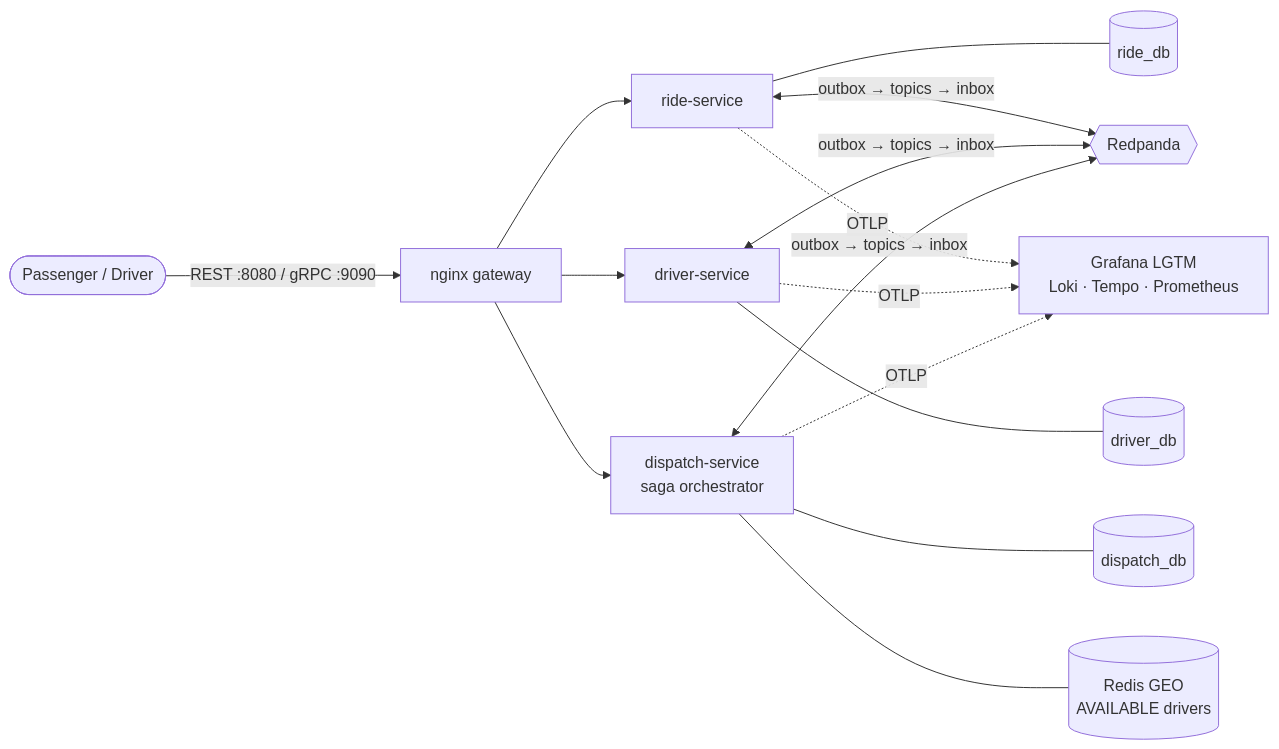
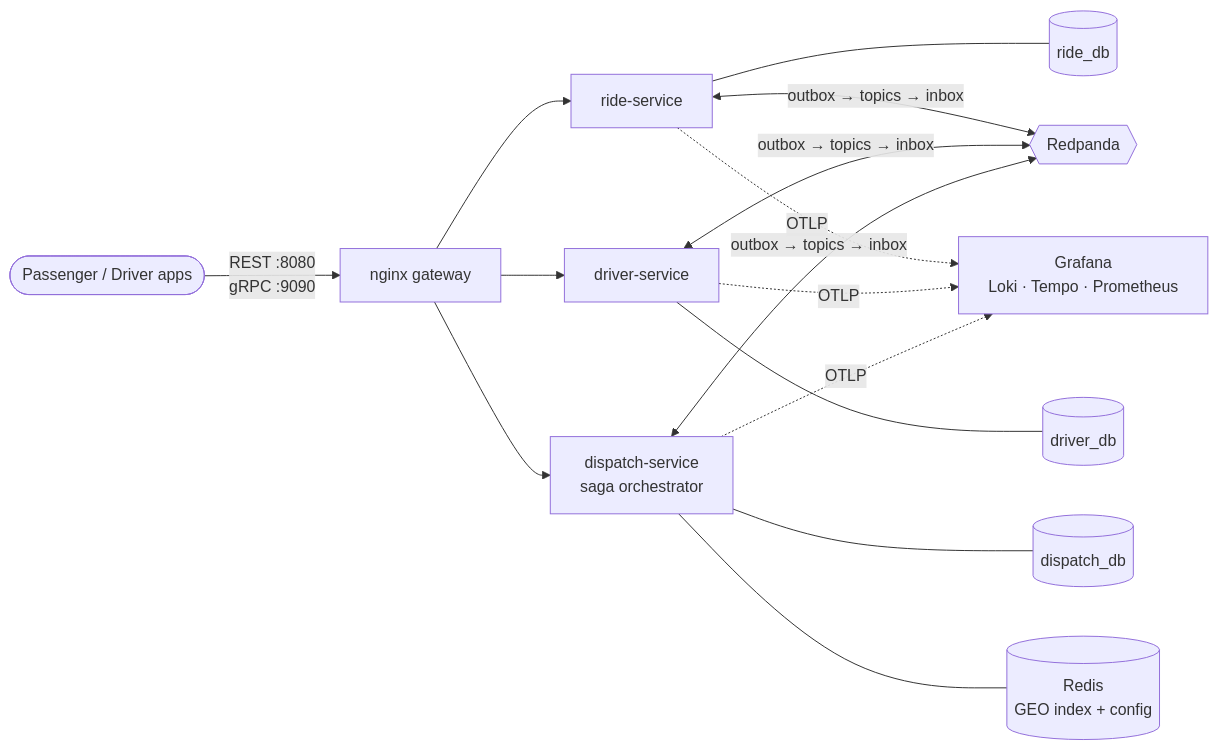
Before and after one commit to khoaphan-tw/coding-challenges-demo: the fifth of 15 diagrams in coding-challenge-3/kvp/demo/presentation.md, drawn with Mermaid. The commit also changed other lines of this file and 4 other files, not shown here.

````diff
--- a/coding-challenge-3/kvp/demo/presentation.md
+++ b/coding-challenge-3/kvp/demo/presentation.md
@@ -93,13 +146,13 @@
 ```mermaid
 flowchart LR
-    C([Passenger / Driver]) -->|REST :8080 / gRPC :9090| GW[nginx gateway]
+    C([Passenger / Driver apps]) -->|REST :8080<br/>gRPC :9090| GW[nginx gateway]
     GW --> RS[ride-service]
     GW --> DS[driver-service]
     GW --> XS[dispatch-service<br/>saga orchestrator]
     RS --- RDB[(ride_db)]
     DS --- DDB[(driver_db)]
     XS --- XDB[(dispatch_db)]
-    XS --- REDIS[(Redis GEO<br/>AVAILABLE drivers)]
+    XS --- REDIS[(Redis<br/>GEO index + config)]
     RS & DS & XS <-->|outbox → topics → inbox| RP{{Redpanda}}
-    RS & DS & XS -.OTLP.-> LGTM[Grafana LGTM<br/>Loki · Tempo · Prometheus]
+    RS & DS & XS -.OTLP.-> LGTM[Grafana<br/>Loki · Tempo · Prometheus]
 ```
````
